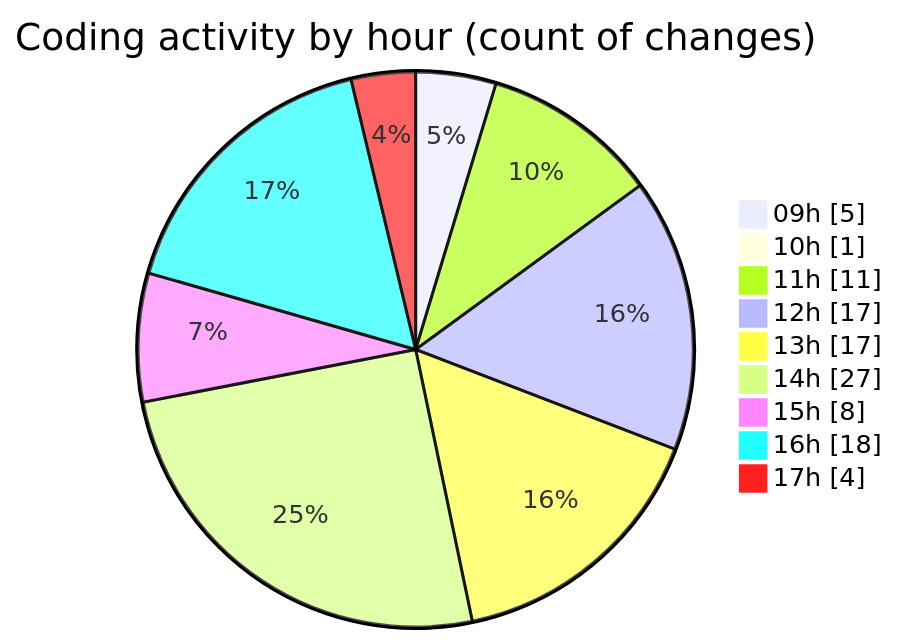
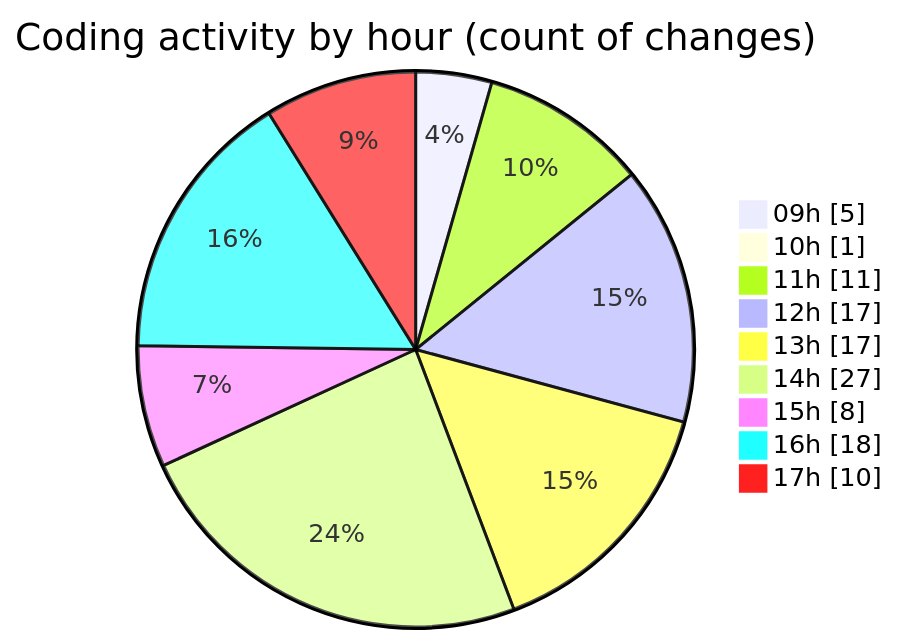
One commit to momahboobian/code-tracking changed the second of 2 diagrams in 2025-09-04/cda/README.md. Above: the diagram before and after it, drawn with Mermaid. The commit also changed other lines of this file and 1 other file, not shown here.

````diff
--- a/2025-09-04/cda/README.md
+++ b/2025-09-04/cda/README.md
@@ -42,13 +42,13 @@
 ```mermaid
 pie showData
 title Coding activity by hour (count of changes)
 "09h" : 5
 "10h" : 1
 "11h" : 11
 "12h" : 17
 "13h" : 17
 "14h" : 27
 "15h" : 8
 "16h" : 18
-"17h" : 4
+"17h" : 10
 ```
````
